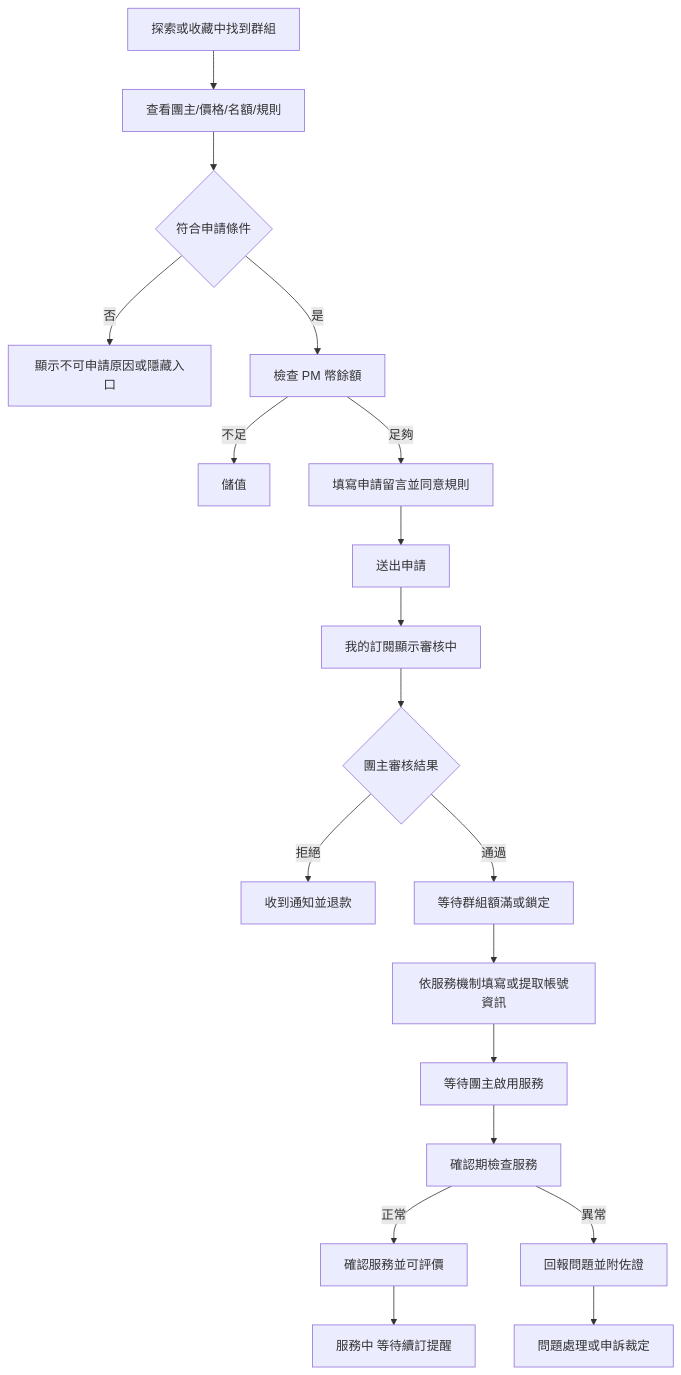
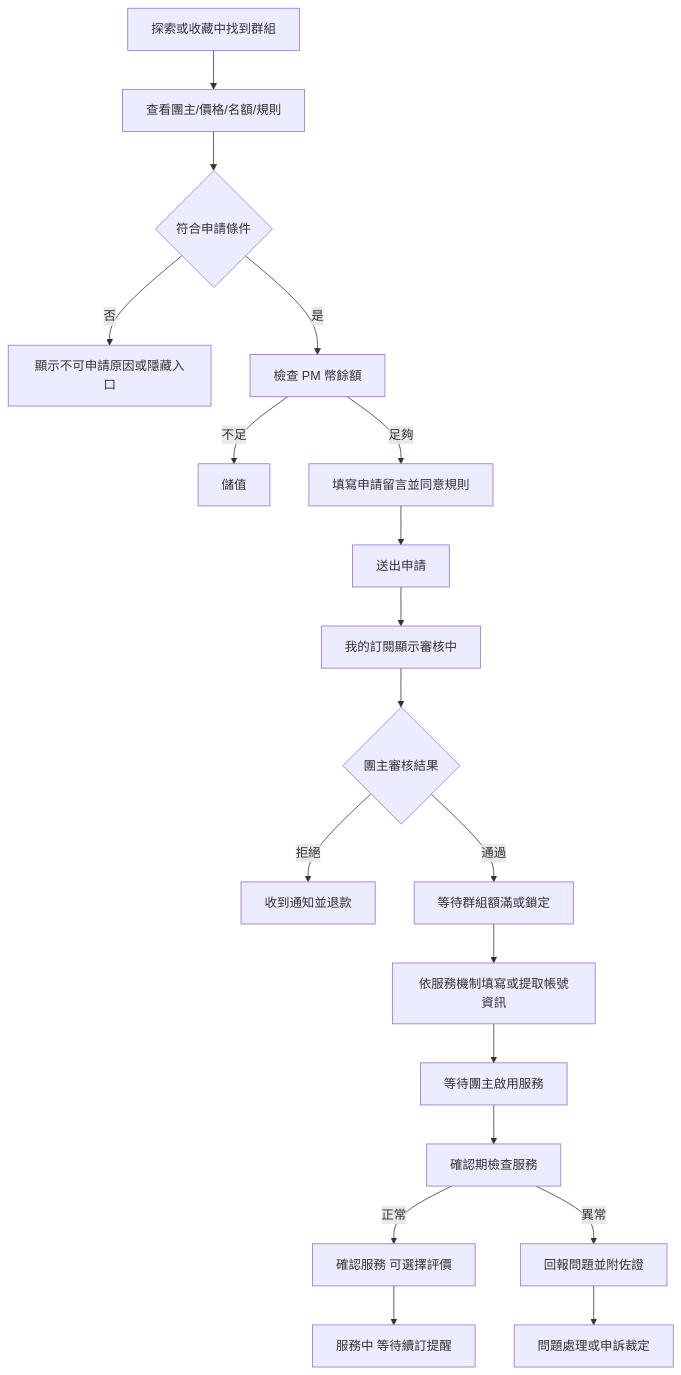
The third of 8 diagrams in docs/uiux/user-flow-map.md (AndyChia0309/PartyMatch), drawn with Mermaid before and after one commit. The commit also changed other lines of this file and 11 other files, not shown here.

````diff
--- a/docs/uiux/user-flow-map.md
+++ b/docs/uiux/user-flow-map.md
@@ -65,21 +65,21 @@
 ```mermaid
 flowchart TD
   A[探索或收藏中找到群組] --> B[查看團主/價格/名額/規則]
   B --> C{符合申請條件}
   C -->|否| D[顯示不可申請原因或隱藏入口]
   C -->|是| E[檢查 PM 幣餘額]
   E -->|不足| F[儲值]
   E -->|足夠| G[填寫申請留言並同意規則]
   G --> H[送出申請]
   H --> I[我的訂閱顯示審核中]
   I --> J{團主審核結果}
   J -->|拒絕| K[收到通知並退款]
   J -->|通過| L[等待群組額滿或鎖定]
   L --> M[依服務機制填寫或提取帳號資訊]
   M --> N[等待團主啟用服務]
   N --> O[確認期檢查服務]
-  O -->|正常| P[確認服務並可評價]
+  O -->|正常| P[確認服務 可選擇評價]
   O -->|異常| Q[回報問題並附佐證]
   P --> R[服務中 等待續訂提醒]
   Q --> S[問題處理或申訴裁定]
 ```
````
